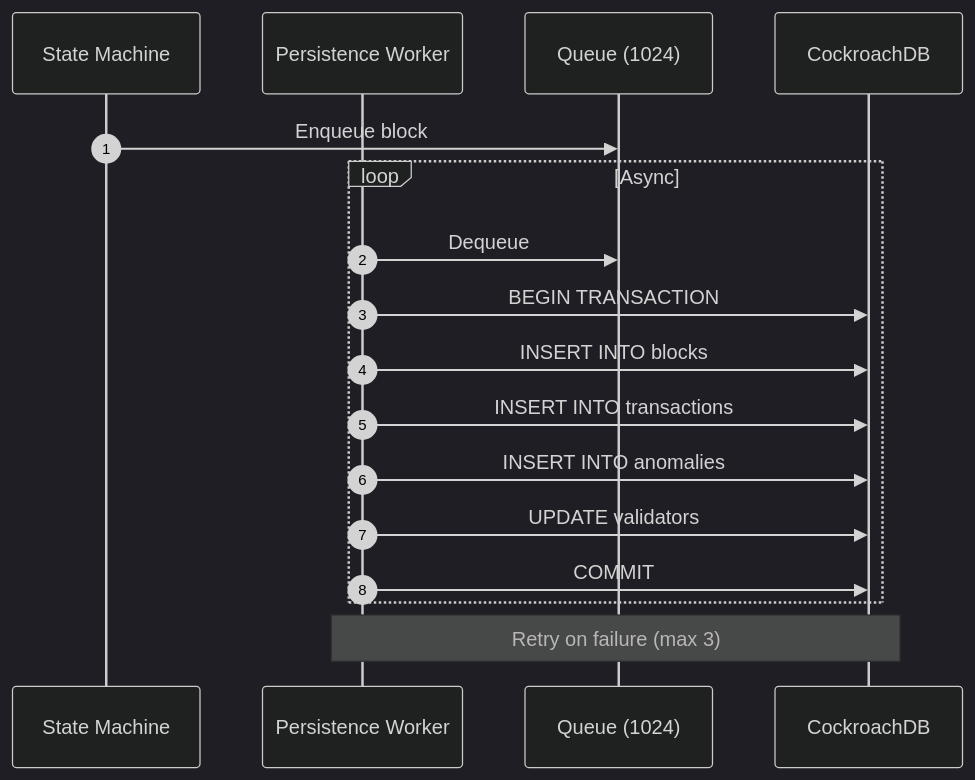
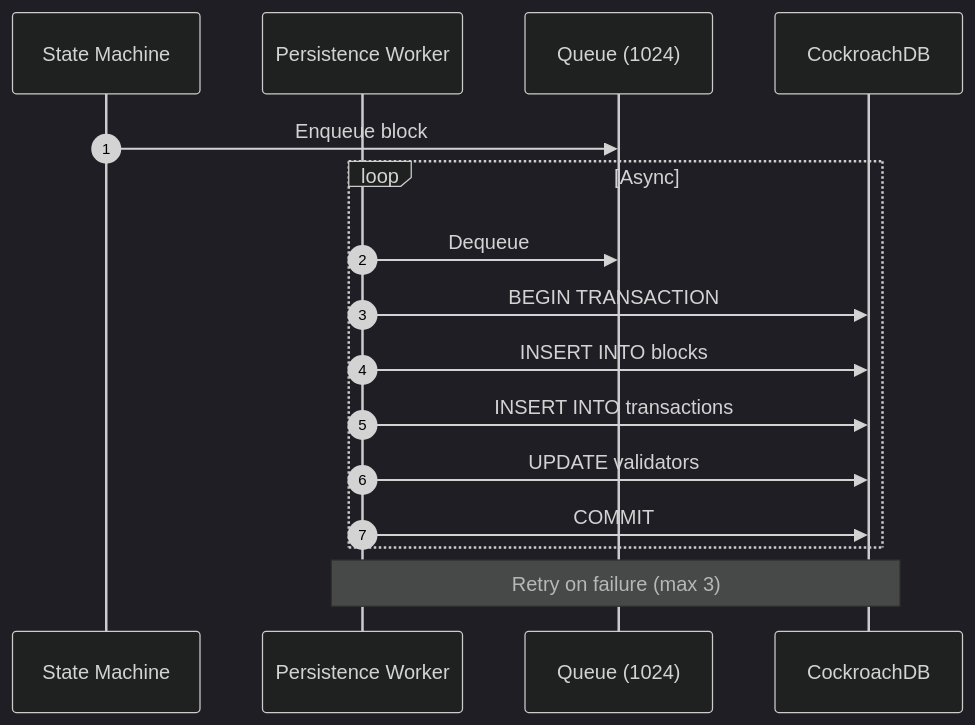
Diagram 12 of 14 in docs/design/DATA_FLOW.md (EveShark/CyberMesh), drawn with Mermaid (dark theme) before and after one commit. The commit also changed other lines of this file and 49 other files, not shown here.

````diff
--- a/docs/design/DATA_FLOW.md
+++ b/docs/design/DATA_FLOW.md
@@ -420,22 +494,21 @@
 ```mermaid
 sequenceDiagram
     autonumber
     participant SM as State Machine
     participant PW as Persistence Worker
     participant Q as Queue (1024)
     participant DB as CockroachDB
     
     SM->>Q: Enqueue block
     
     loop Async
         PW->>Q: Dequeue
         PW->>DB: BEGIN TRANSACTION
         PW->>DB: INSERT INTO blocks
         PW->>DB: INSERT INTO transactions
-        PW->>DB: INSERT INTO anomalies
         PW->>DB: UPDATE validators
         PW->>DB: COMMIT
     end
     
     Note over PW,DB: Retry on failure (max 3)
 ```
````
